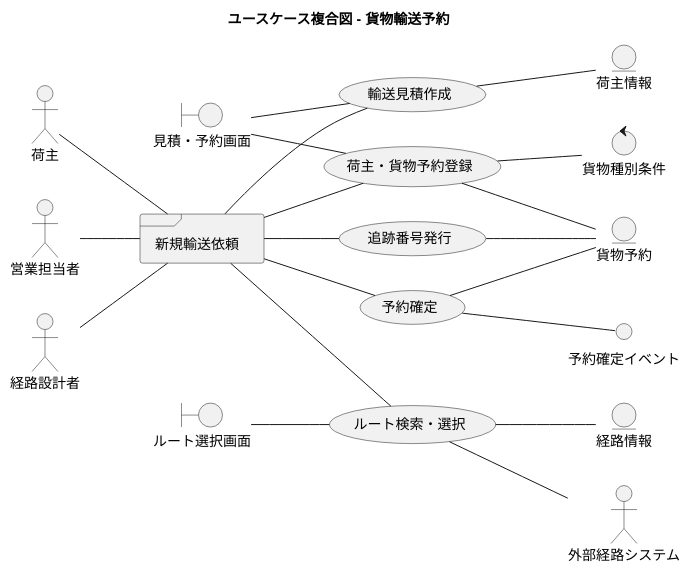
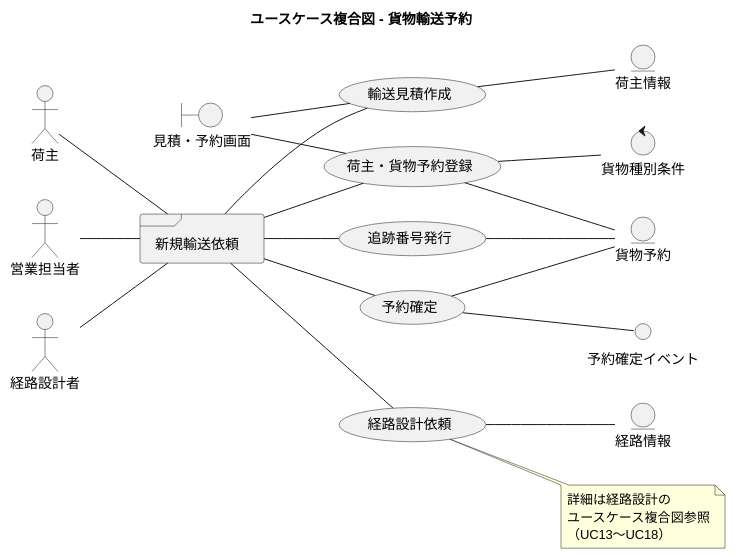
Diagram 15 of 21 in docs/requirements/requirements_definition.md (k2works/case-study-cargo-tracker), drawn with PlantUML before and after one commit. The commit also changed other lines of this file and 3 other files, not shown here.

````diff
--- a/docs/requirements/requirements_definition.md
+++ b/docs/requirements/requirements_definition.md
@@ -593,51 +753,53 @@
 ```plantuml
 @startuml
 
 title ユースケース複合図 - 貨物輸送予約
 
 left to right direction
 
 actor 荷主 as shipper
 actor 営業担当者 as sales
 actor 経路設計者 as route_designer
 
 frame "新規輸送依頼" as f01
 usecase "輸送見積作成" as UC01
 usecase "荷主・貨物予約登録" as UC02
-usecase "ルート検索・選択" as UC03
+usecase "経路設計依頼" as UC03
 usecase "予約確定" as UC04
 usecase "追跡番号発行" as UC05
 boundary "見積・予約画面" as b01
-boundary "ルート選択画面" as b02
 entity "荷主情報" as e01
 entity "貨物予約" as e02
 entity "経路情報" as e03
 control "貨物種別条件" as c01
 interface "予約確定イベント" as i01
 
 shipper -- f01
 sales -- f01
 route_designer -- f01
 f01 -- UC01
 f01 -- UC02
 f01 -- UC03
 f01 -- UC04
 f01 -- UC05
 
 b01 -- UC01
 b01 -- UC02
 UC01 -- e01
 UC02 -- e02
 UC02 -- c01
 
-b02 -- UC03
 UC03 -- e03
-UC03 -- 外部経路システム
+note right of UC03
+  詳細は経路設計の
+  ユースケース複合図参照
+  （UC13〜UC18）
+end note
 
 UC04 -- e02
 UC04 -- i01
 
 UC05 -- e02
 
 @enduml
 ```
````
